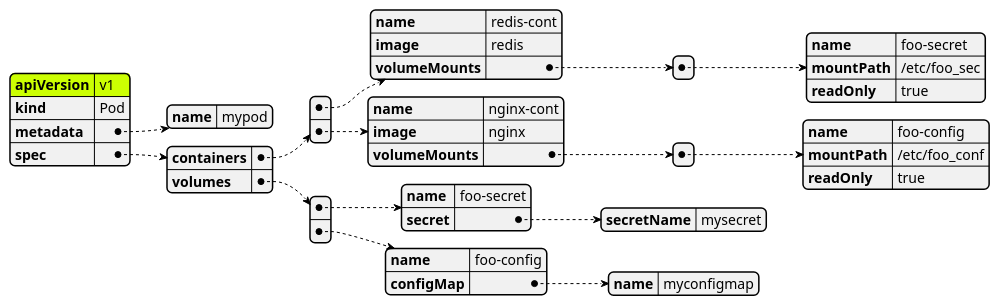
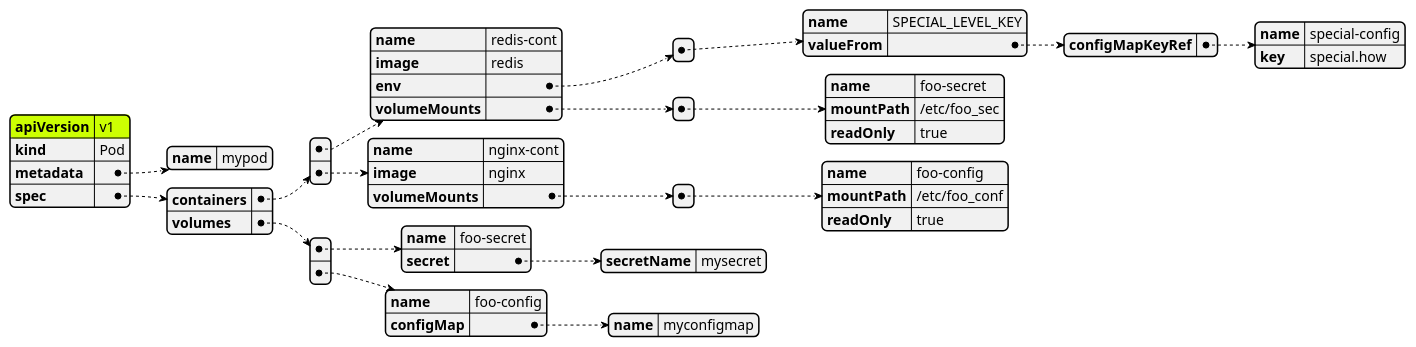
Before and after one commit to Piotr1215/cloudrumble: the diagram in diagrams/k8s-config-use.puml, drawn with PlantUML.

```diff
--- a/diagrams/k8s-config-use.puml
+++ b/diagrams/k8s-config-use.puml
@@ -1,29 +1,38 @@
 @startyaml k8s-config-use
 #highlight "apiVersion"
 apiVersion: v1
 kind: Pod
 metadata:
   name: mypod
 spec:
   containers:
   - name: redis-cont
     image: redis
+    env:
+      # Define the environment variable
+      - name: SPECIAL_LEVEL_KEY
+        valueFrom:
+          configMapKeyRef:
+            # The ConfigMap containing the value you want to assign to SPECIAL_LEVEL_KEY
+            name: special-config
+            # Specify the key associated with the value
+            key: special.how
     volumeMounts:
     - name: foo-secret
       mountPath: "/etc/foo_sec"
       readOnly: true
   - name: nginx-cont
     image: nginx
     volumeMounts:
     - name: foo-config
       mountPath: "/etc/foo_conf"
       readOnly: true
   volumes:
   - name: foo-secret
     secret:
       secretName: mysecret
   -name: foo-config
    configMap:
      name: myconfigmap
 
 @endyaml
```
